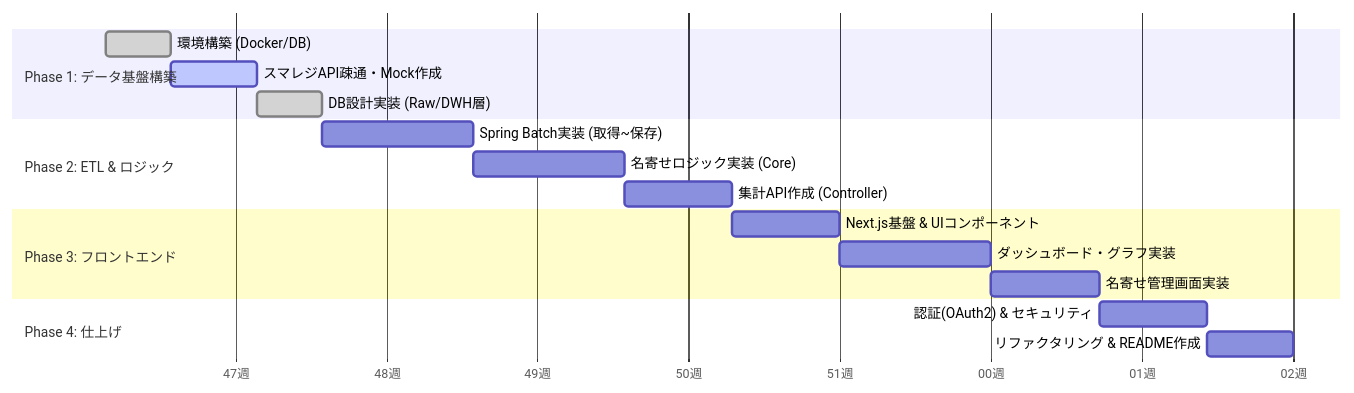
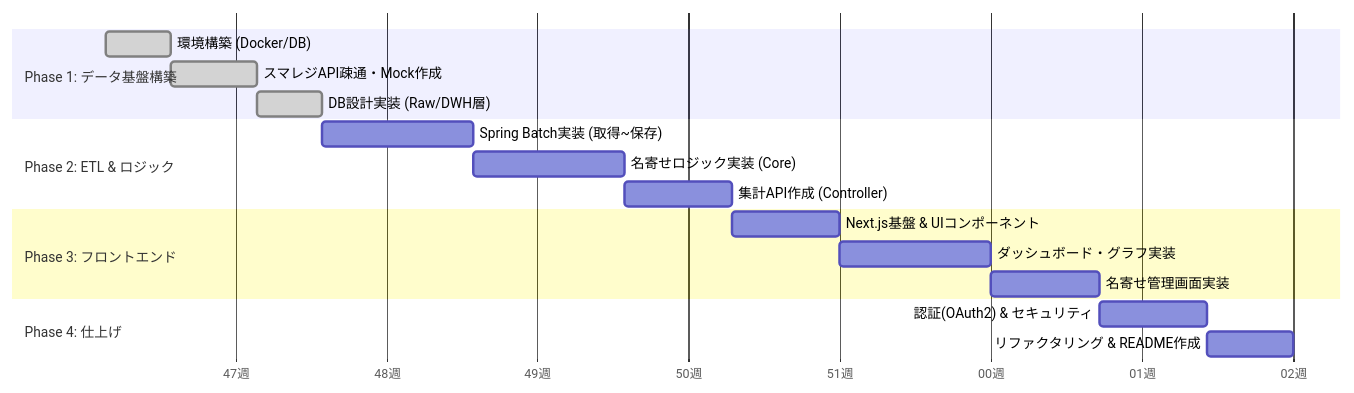
One commit to horinoA/beauty-sales-dwh changed the diagram in docs/roadmap.md. Above: the diagram before and after it, drawn with Mermaid. The commit also changed other lines of this file and 3 other files, not shown here.

````diff
--- a/docs/roadmap.md
+++ b/docs/roadmap.md
@@ -4,24 +4,24 @@
 ```mermaid
 gantt
     dateFormat  YYYY-MM-DD
     axisFormat  %W週
 
     section Phase 1: データ基盤構築
     環境構築 (Docker/DB)           :done, p1_1, 2025-11-24, 3d
-    スマレジAPI疎通・Mock作成       :active, p1_2, after p1_1, 4d
+    スマレジAPI疎通・Mock作成       :done, p1_2, after p1_1, 4d
     DB設計実装 (Raw/DWH層)         :done, p1_3, after p1_2, 3d
     
     section Phase 2: ETL & ロジック
     Spring Batch実装 (取得~保存)    :p2_1, after p1_3, 7d
     名寄せロジック実装 (Core)       :p2_2, after p2_1, 7d
     集計API作成 (Controller)       :p2_3, after p2_2, 5d
 
     section Phase 3: フロントエンド
     Next.js基盤 & UIコンポーネント   :p3_1, after p2_3, 5d
     ダッシュボード・グラフ実装       :p3_2, after p3_1, 7d
     名寄せ管理画面実装             :p3_3, after p3_2, 5d
 
     section Phase 4: 仕上げ
     認証(OAuth2) & セキュリティ     :p4_1, after p3_3, 5d
     リファクタリング & README作成    :p4_2, after p4_1, 4d
 ```
````
